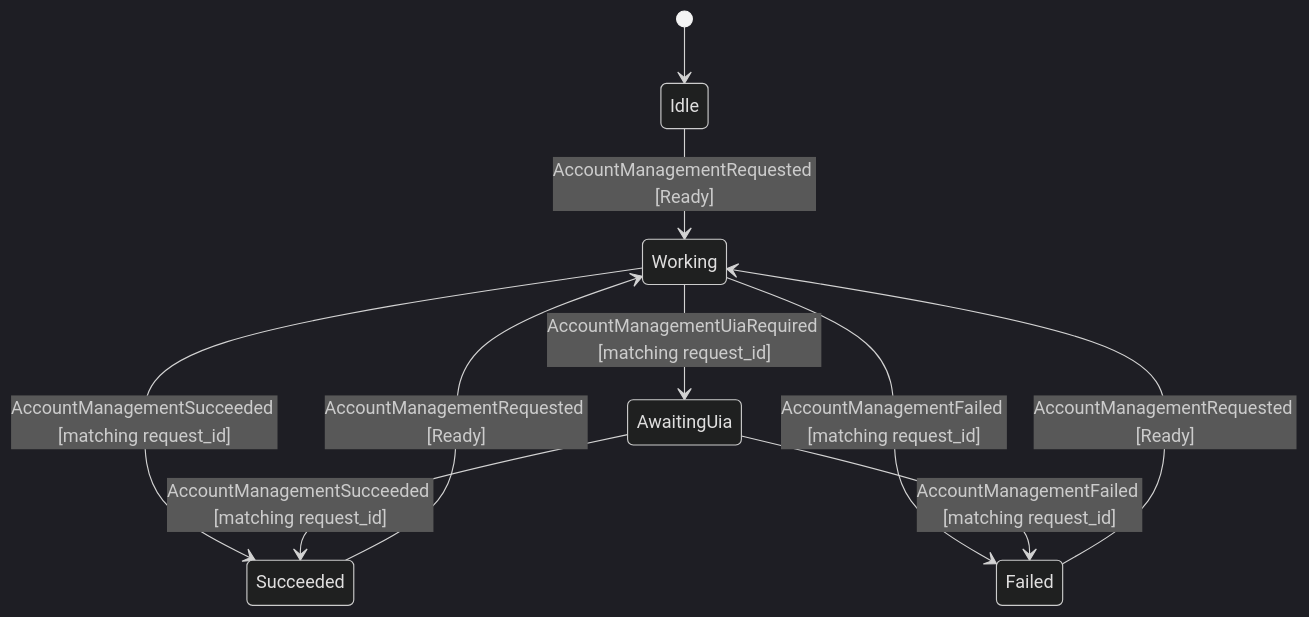
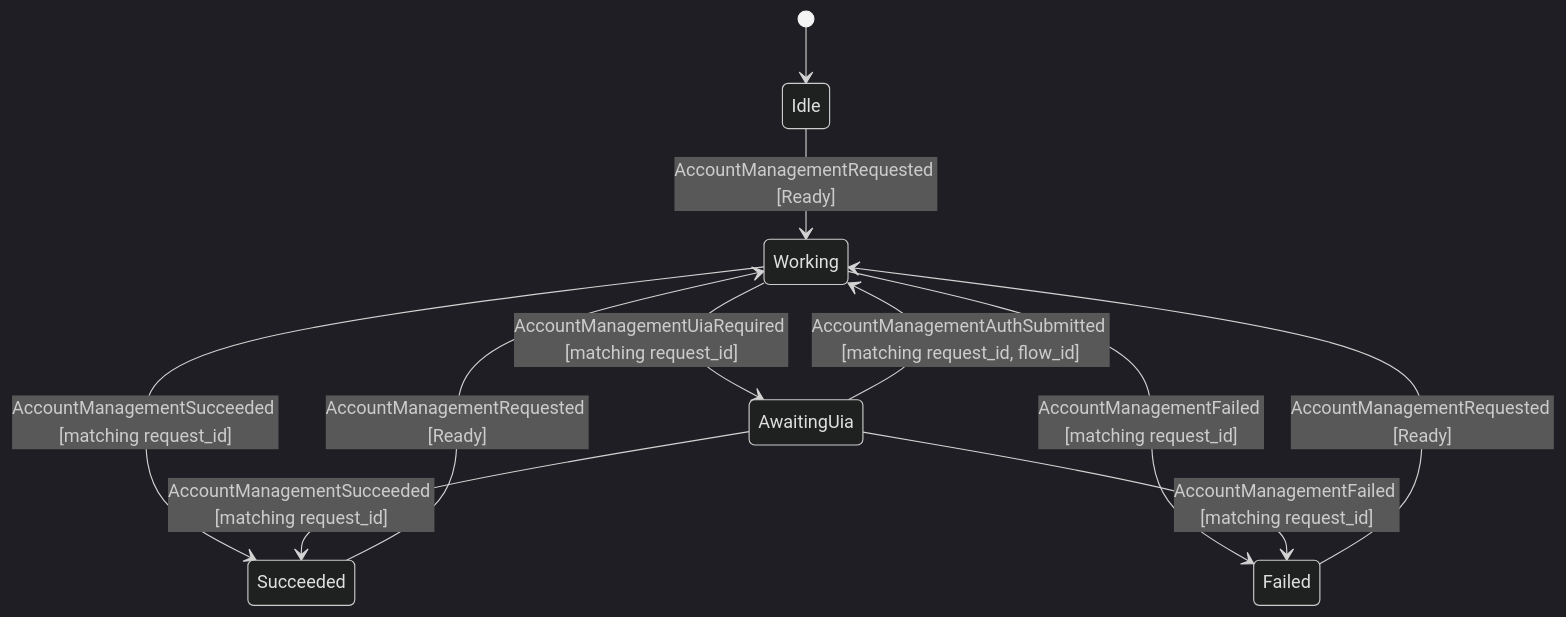
Diagram 26 of 43 in docs/architecture/state-machine.md (shinaoka/koushi-matrix), drawn with Mermaid (dark theme) before and after one commit. The commit also changed other lines of this file and 17 other files, not shown here.

````diff
--- a/docs/architecture/state-machine.md
+++ b/docs/architecture/state-machine.md
@@ -1255,12 +1255,13 @@
 ```mermaid
 stateDiagram-v2
     [*] --> Idle
     Idle --> Working: AccountManagementRequested [Ready]
     Succeeded --> Working: AccountManagementRequested [Ready]
     Failed --> Working: AccountManagementRequested [Ready]
     Working --> AwaitingUia: AccountManagementUiaRequired [matching request_id]
     Working --> Succeeded: AccountManagementSucceeded [matching request_id]
     AwaitingUia --> Succeeded: AccountManagementSucceeded [matching request_id]
+    AwaitingUia --> Working: AccountManagementAuthSubmitted [matching request_id, flow_id]
     Working --> Failed: AccountManagementFailed [matching request_id]
     AwaitingUia --> Failed: AccountManagementFailed [matching request_id]
 ```
````
